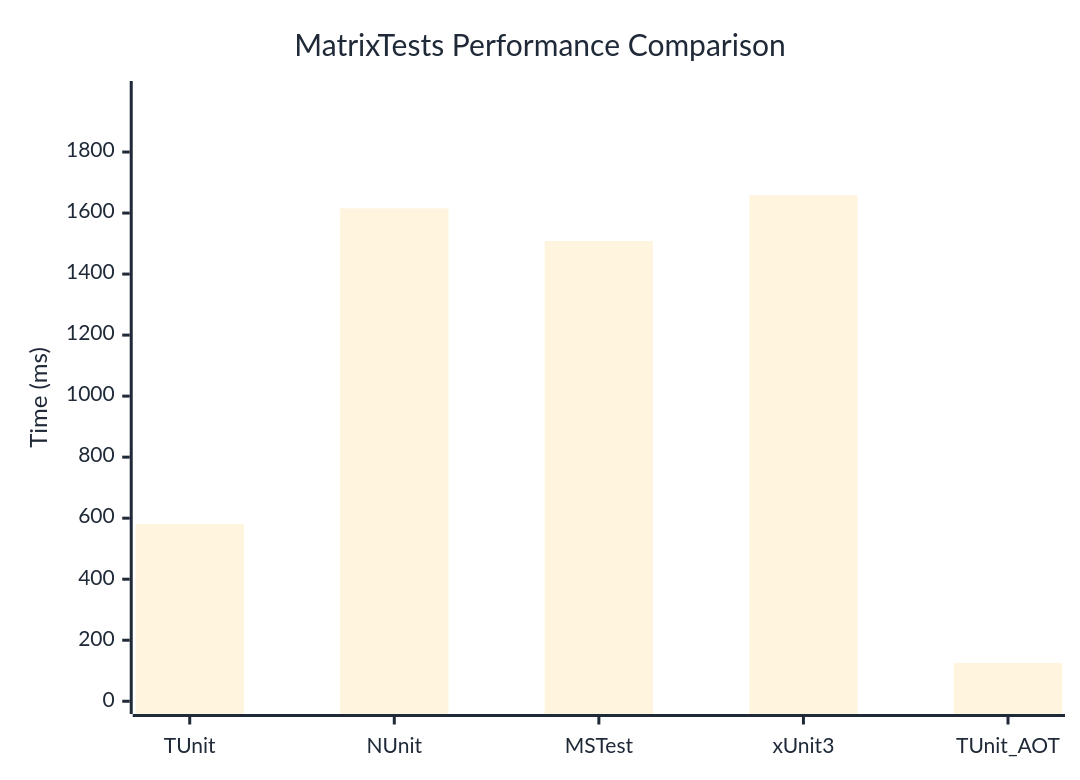
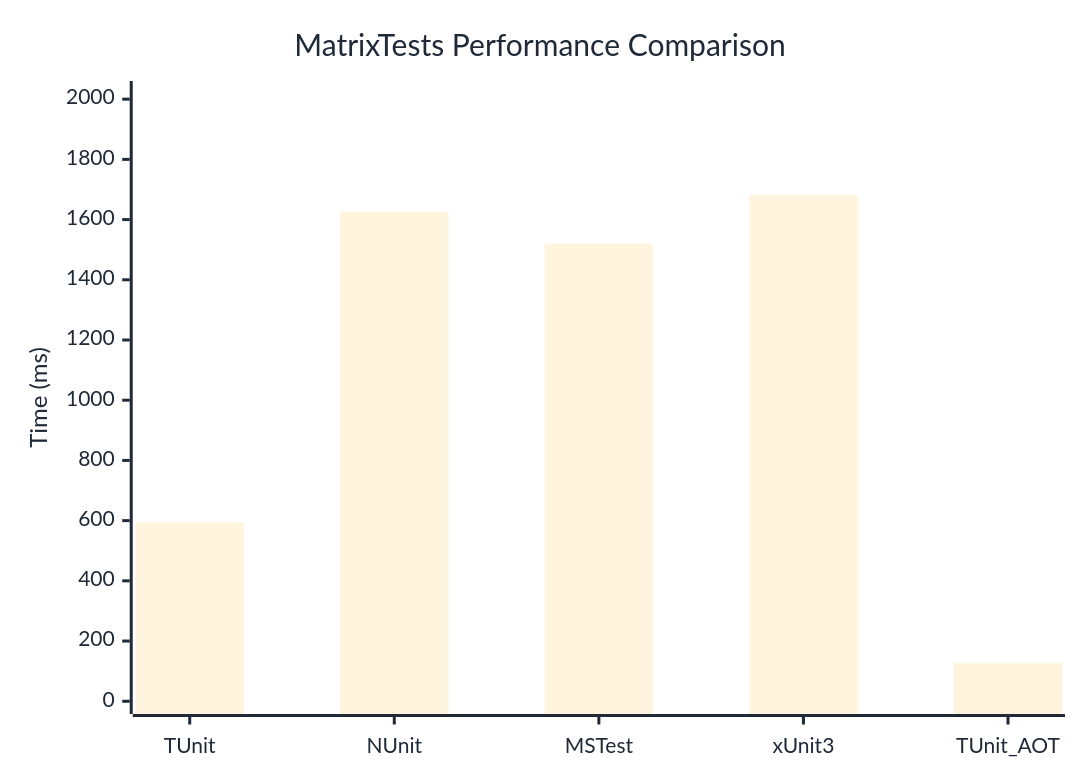
The diagram in docs/docs/benchmarks/MatrixTests.md (thomhurst/TUnit), drawn with Mermaid before and after one commit. The commit also changed other lines of this file and 17 other files, not shown here.

````diff
--- a/docs/docs/benchmarks/MatrixTests.md
+++ b/docs/docs/benchmarks/MatrixTests.md
@@ -27,37 +27,37 @@
 ```mermaid
 %%{init: {
   'theme':'base',
   'themeVariables': {
     'primaryColor': '#2563eb',
     'primaryTextColor': '#1f2937',
     'primaryBorderColor': '#1e40af',
     'lineColor': '#6b7280',
     'secondaryColor': '#7c3aed',
     'tertiaryColor': '#dc2626',
     'background': '#ffffff',
     'mainBkg': '#2563eb',
     'secondBkg': '#7c3aed',
     'tertiaryBkg': '#dc2626',
     'clusterBkg': '#f3f4f6',
     'edgeLabelBackground': '#ffffff',
     'tertiaryTextColor': '#1f2937',
     'pie1': '#2563eb',
     'pie2': '#7c3aed',
     'pie3': '#dc2626',
     'pie4': '#f59e0b',
     'pie5': '#10b981',
     'pie6': '#06b6d4',
     'pie7': '#ec4899',
     'pie8': '#6366f1',
     'pie9': '#84cc16',
     'pie10': '#f97316',
     'pie11': '#14b8a6',
     'pie12': '#a855f7'
   }
 }}%%
 xychart-beta
   title "MatrixTests Performance Comparison"
   x-axis ["TUnit", "NUnit", "MSTest", "xUnit3", "TUnit_AOT"]
-  y-axis "Time (ms)" 0 --> 1991
-  bar [581.4, 1615.5, 1508.4, 1658.9, 125.7]
+  y-axis "Time (ms)" 0 --> 2018
+  bar [594.7, 1626.3, 1520.6, 1680.9, 126.4]
 ```
````
